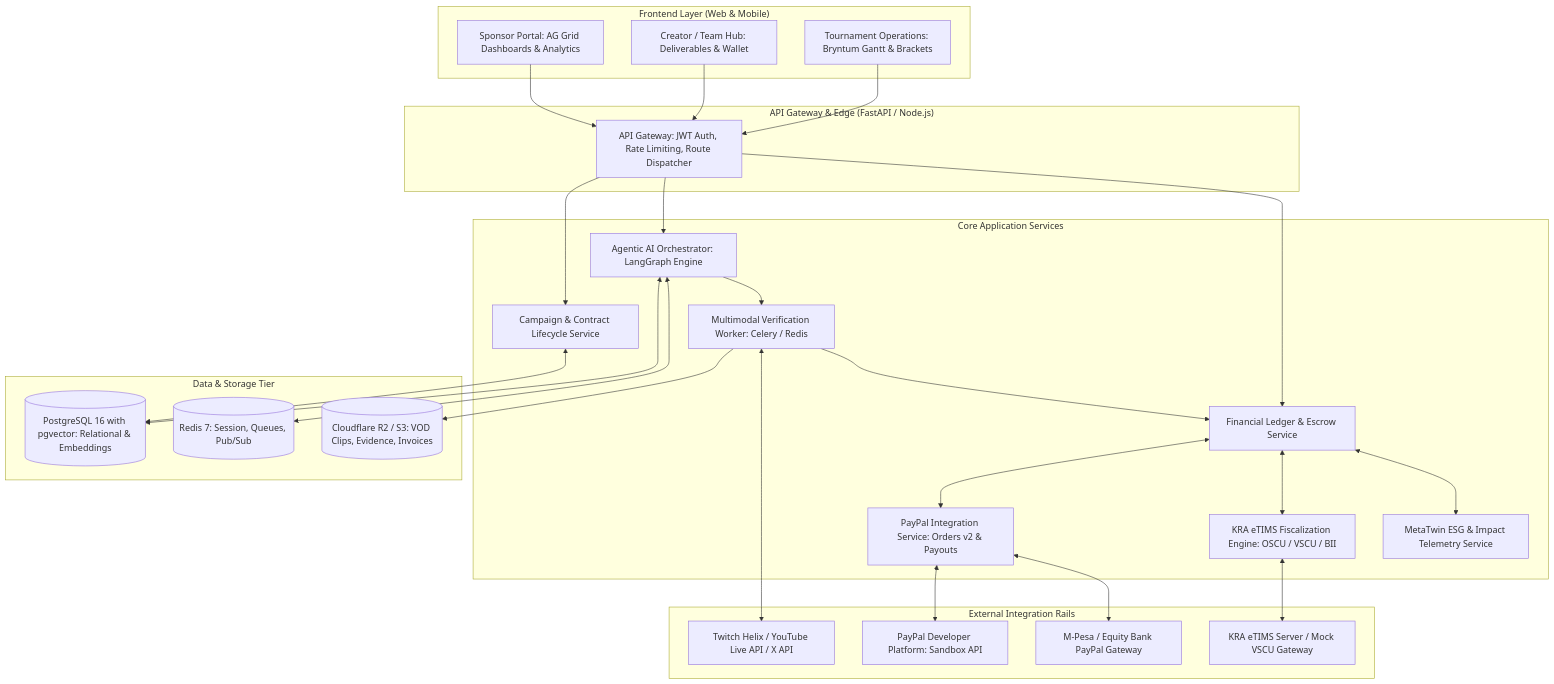
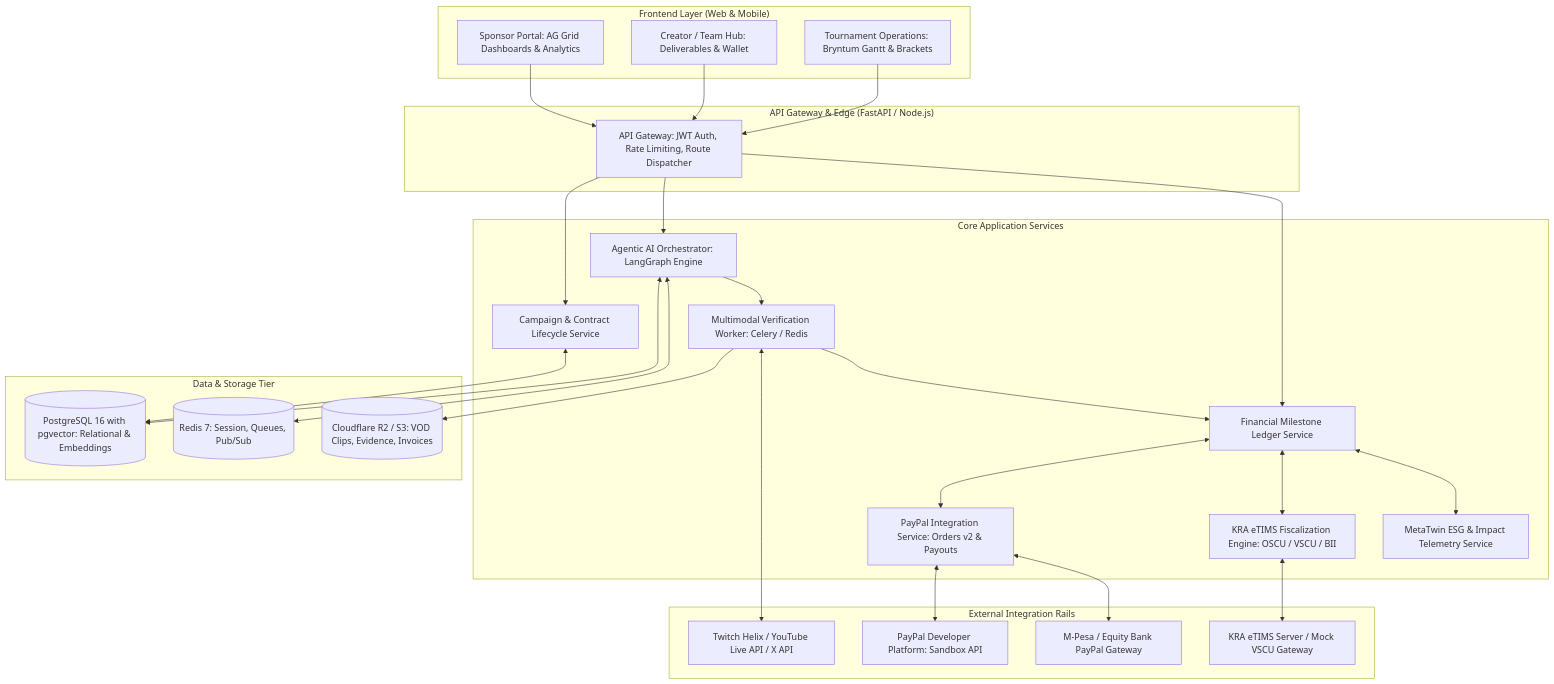
The first of 3 diagrams in architecture/04_TECHNICAL_ARCHITECTURE_AND_PAYPAL_ETIMS_INTEGRATION.md (Ryanjuguna/barbah-sponsorplay), drawn with Mermaid before and after one commit. The commit also changed other lines of this file and 5 other files, not shown here.

Commit message:
Complete repository-wide documentation audit: purge escrow terminology and enforce PayPal programmatic milestone ledger across all architecture specs

````diff
--- a/architecture/04_TECHNICAL_ARCHITECTURE_AND_PAYPAL_ETIMS_INTEGRATION.md
+++ b/architecture/04_TECHNICAL_ARCHITECTURE_AND_PAYPAL_ETIMS_INTEGRATION.md
@@ -13,60 +13,60 @@
 ```mermaid
 graph TB
     subgraph "Frontend Layer (Web & Mobile)"
         UI1[Sponsor Portal: AG Grid Dashboards & Analytics]
         UI2[Creator / Team Hub: Deliverables & Wallet]
         UI3[Tournament Operations: Bryntum Gantt & Brackets]
     end
 
     subgraph "API Gateway & Edge (FastAPI / Node.js)"
         GW[API Gateway: JWT Auth, Rate Limiting, Route Dispatcher]
     end
 
     subgraph "Core Application Services"
         S1[Campaign & Contract Lifecycle Service]
         S2[Agentic AI Orchestrator: LangGraph Engine]
         S3[Multimodal Verification Worker: Celery / Redis]
-        S4[Financial Ledger & Escrow Service]
+        S4[Financial Milestone Ledger Service]
         S5[KRA eTIMS Fiscalization Engine: OSCU / VSCU / BII]
         S6[PayPal Integration Service: Orders v2 & Payouts]
         S7[MetaTwin ESG & Impact Telemetry Service]
     end
 
     subgraph "Data & Storage Tier"
         DB[(PostgreSQL 16 with pgvector: Relational & Embeddings)]
         CACHE[(Redis 7: Session, Queues, Pub/Sub)]
         S3_STORAGE[(Cloudflare R2 / S3: VOD Clips, Evidence, Invoices)]
     end
 
     subgraph "External Integration Rails"
         EXT_PP[PayPal Developer Platform: Sandbox API]
         EXT_KRA[KRA eTIMS Server / Mock VSCU Gateway]
         EXT_MEDIA[Twitch Helix / YouTube Live API / X API]
         EXT_MPESA[M-Pesa / Equity Bank PayPal Gateway]
     end
 
     UI1 --> GW
     UI2 --> GW
     UI3 --> GW
     
     GW --> S1
     GW --> S2
     GW --> S4
     
     S1 <--> DB
     S2 <--> DB
     S2 <--> CACHE
     S2 --> S3
     
     S3 --> S3_STORAGE
     S3 <--> EXT_MEDIA
     S3 --> S4
     
     S4 <--> S6
     S4 <--> S5
     S4 <--> S7
     
     S6 <--> EXT_PP
     S5 <--> EXT_KRA
     S6 <--> EXT_MPESA
 ```
````
